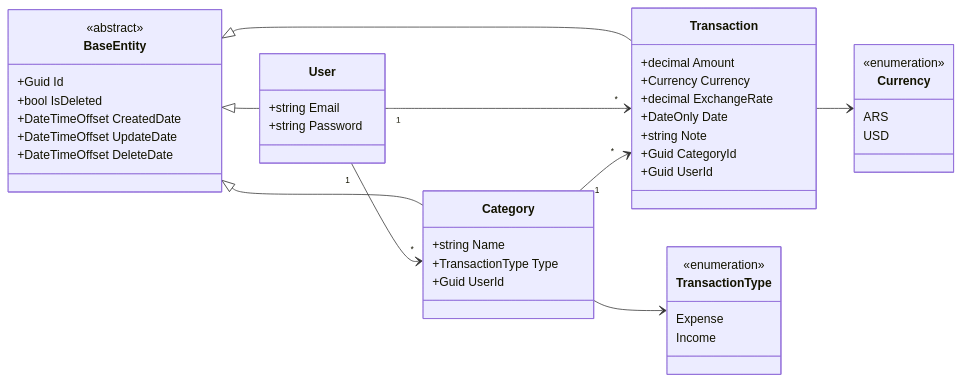
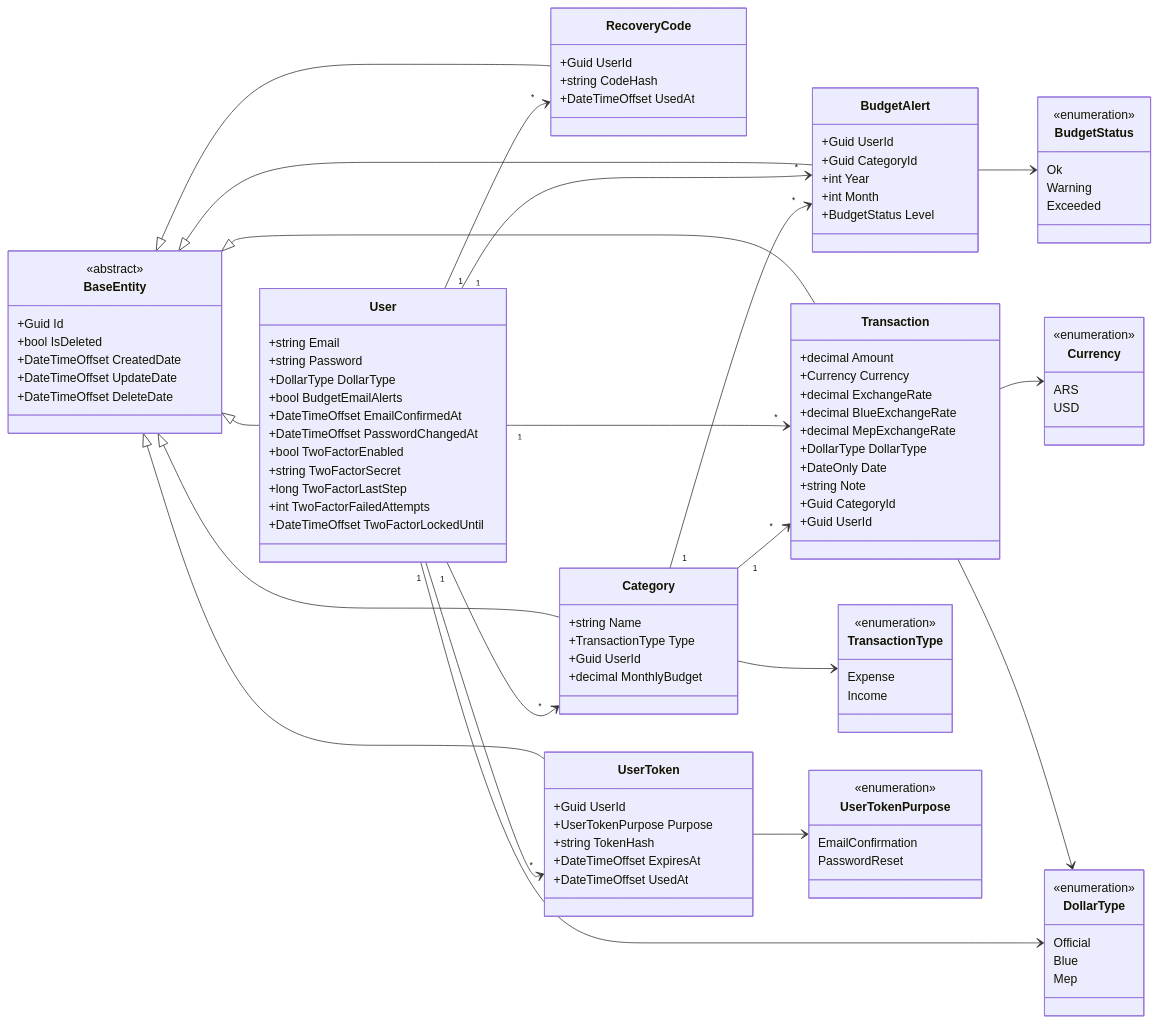
Before and after one commit to Agustin-Sentis/GestionApp: the diagram in gastos/docs/diagrama.mmd, drawn with Mermaid. The commit also changed 4 other files, not shown here.

```diff
--- a/gastos/docs/diagrama.mmd
+++ b/gastos/docs/diagrama.mmd
@@ -1,53 +1,119 @@
 classDiagram
     direction LR
 
     class BaseEntity {
         <<abstract>>
         +Guid Id
         +bool IsDeleted
         +DateTimeOffset CreatedDate
         +DateTimeOffset UpdateDate
         +DateTimeOffset DeleteDate
     }
 
     class User {
         +string Email
         +string Password
+        +DollarType DollarType
+        +bool BudgetEmailAlerts
+        +DateTimeOffset EmailConfirmedAt
+        +DateTimeOffset PasswordChangedAt
+        +bool TwoFactorEnabled
+        +string TwoFactorSecret
+        +long TwoFactorLastStep
+        +int TwoFactorFailedAttempts
+        +DateTimeOffset TwoFactorLockedUntil
+    }
+
+    class RecoveryCode {
+        +Guid UserId
+        +string CodeHash
+        +DateTimeOffset UsedAt
+    }
+
+    class UserToken {
+        +Guid UserId
+        +UserTokenPurpose Purpose
+        +string TokenHash
+        +DateTimeOffset ExpiresAt
+        +DateTimeOffset UsedAt
+    }
+
+    class BudgetAlert {
+        +Guid UserId
+        +Guid CategoryId
+        +int Year
+        +int Month
+        +BudgetStatus Level
     }
 
     class Category {
         +string Name
         +TransactionType Type
         +Guid UserId
+        +decimal MonthlyBudget
     }
 
     class Transaction {
         +decimal Amount
         +Currency Currency
         +decimal ExchangeRate
+        +decimal BlueExchangeRate
+        +decimal MepExchangeRate
+        +DollarType DollarType
         +DateOnly Date
         +string Note
         +Guid CategoryId
         +Guid UserId
     }
 
     class TransactionType {
         <<enumeration>>
         Expense
         Income
     }
 
     class Currency {
         <<enumeration>>
         ARS
         USD
     }
 
+    class DollarType {
+        <<enumeration>>
+        Official
+        Blue
+        Mep
+    }
+
+    class UserTokenPurpose {
+        <<enumeration>>
+        EmailConfirmation
+        PasswordReset
+    }
+
+    class BudgetStatus {
+        <<enumeration>>
+        Ok
+        Warning
+        Exceeded
+    }
+
     BaseEntity <|-- User
     BaseEntity <|-- Category
     BaseEntity <|-- Transaction
+    BaseEntity <|-- UserToken
+    BaseEntity <|-- BudgetAlert
+    BaseEntity <|-- RecoveryCode
+    User "1" --> "*" RecoveryCode
+    User "1" --> "*" UserToken
+    User "1" --> "*" BudgetAlert
+    Category "1" --> "*" BudgetAlert
+    UserToken --> UserTokenPurpose
+    BudgetAlert --> BudgetStatus
     User "1" --> "*" Category
     User "1" --> "*" Transaction
     Category "1" --> "*" Transaction
     Category --> TransactionType
     Transaction --> Currency
+    Transaction --> DollarType
+    User --> DollarType
```
